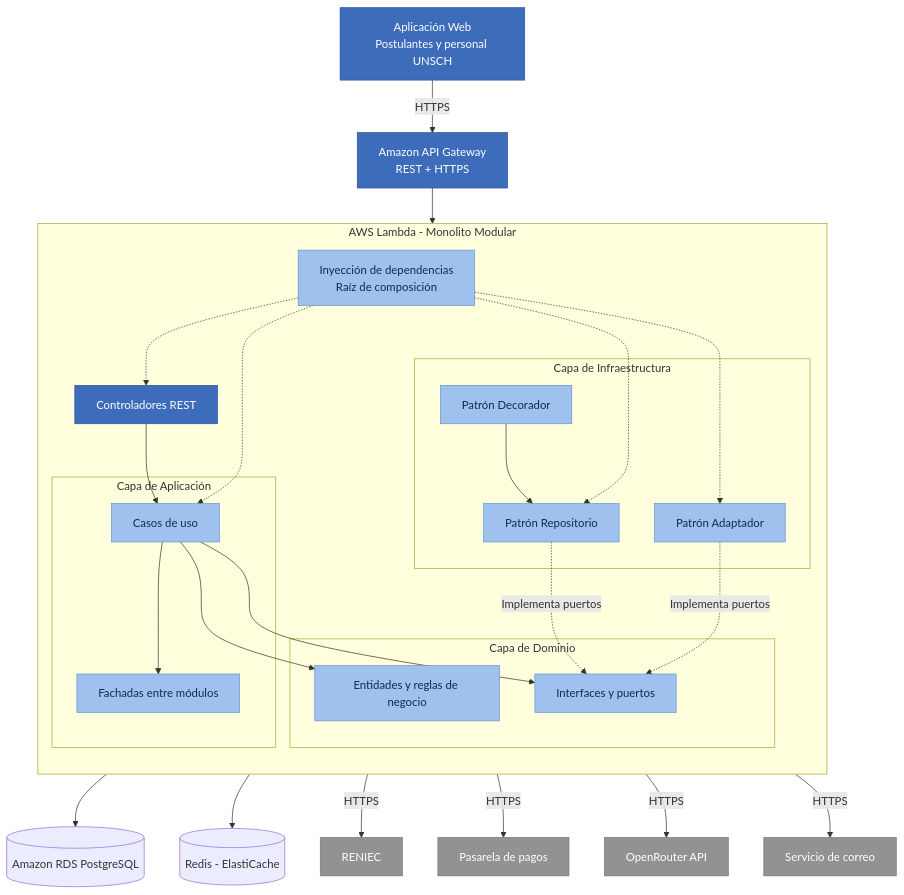
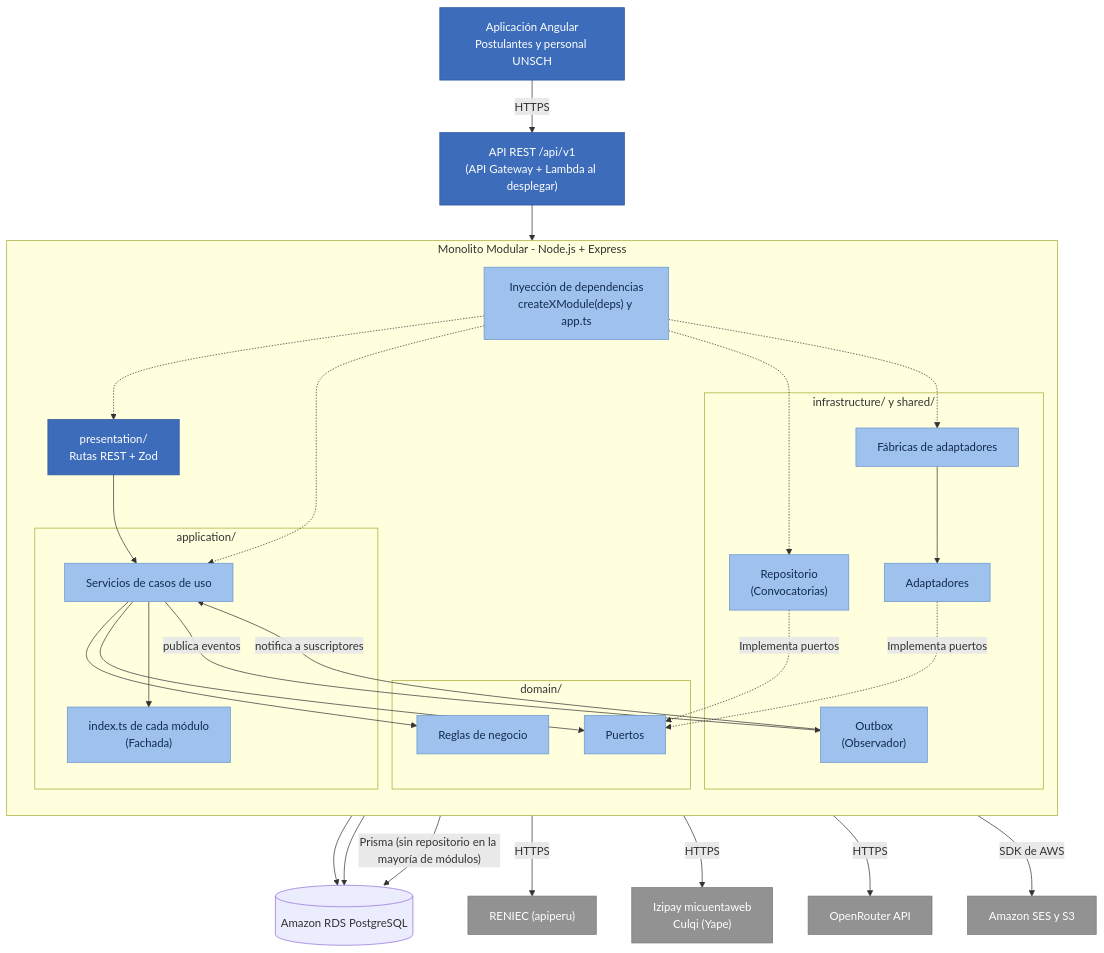
The diagram in docs/03-diseño-de-software/patrones-diseño.md (DiegoCoras06/sia-unsch-admision), drawn with Mermaid before and after one commit. The commit also changed other lines of this file and 15 other files, not shown here.

````diff
--- a/docs/03-diseño-de-software/patrones-diseño.md
+++ b/docs/03-diseño-de-software/patrones-diseño.md
@@ -50,69 +54,72 @@
 ```mermaid
 flowchart TB
-    WEB["Aplicación Web<br/>Postulantes y personal UNSCH"]
-    API["Amazon API Gateway<br/>REST + HTTPS"]
+    WEB["Aplicación Angular<br/>Postulantes y personal UNSCH"]
+    API["API REST /api/v1<br/>(API Gateway + Lambda al desplegar)"]
 
-    subgraph BACKEND["AWS Lambda - Monolito Modular"]
+    subgraph BACKEND["Monolito Modular - Node.js + Express"]
         direction TB
 
-        CTRL["Controladores REST"]
+        CTRL["presentation/<br/>Rutas REST + Zod"]
 
-        subgraph APP["Capa de Aplicación"]
-            UC["Casos de uso"]
-            FAC["Fachadas entre módulos"]
+        subgraph APP["application/"]
+            UC["Servicios de casos de uso"]
+            FAC["index.ts de cada módulo<br/>(Fachada)"]
         end
 
-        subgraph DOM["Capa de Dominio"]
-            PORT["Interfaces y puertos"]
-            ENT["Entidades y reglas de negocio"]
+        subgraph DOM["domain/"]
+            PORT["Puertos"]
+            ENT["Reglas de negocio"]
         end
 
-        subgraph INFRA["Capa de Infraestructura"]
-            REP["Patrón Repositorio"]
-            ADP["Patrón Adaptador"]
-            CACHE["Patrón Decorador"]
+        subgraph INFRA["infrastructure/ y shared/"]
+            REP["Repositorio<br/>(Convocatorias)"]
+            ADP["Adaptadores"]
+            FAB["Fábricas de adaptadores"]
+            OBS["Outbox<br/>(Observador)"]
         end
 
-        COMP["Inyección de dependencias<br/>Raíz de composición"]
+        COMP["Inyección de dependencias<br/>createXModule(deps) y app.ts"]
     end
 
     DB[("Amazon RDS PostgreSQL")]
-    REDIS[("Redis - ElastiCache")]
 
-    RENIEC["RENIEC"]
-    PAGOS["Pasarela de pagos"]
+    RENIEC["RENIEC (apiperu)"]
+    PAGOS["Izipay micuentaweb<br/>Culqi (Yape)"]
     IA["OpenRouter API"]
-    EMAIL["Servicio de correo"]
+    AWS["Amazon SES y S3"]
 
     WEB -->|"HTTPS"| API
     API --> CTRL
     CTRL --> UC
     UC --> ENT
     UC --> PORT
     UC --> FAC
+    UC -->|"publica eventos"| OBS
+    OBS -->|"notifica a suscriptores"| UC
 
     REP -.->|"Implementa puertos"| PORT
     ADP -.->|"Implementa puertos"| PORT
-    CACHE --> REP
+    FAB --> ADP
 
     REP --> DB
-    CACHE --> REDIS
+    OBS --> DB
+    UC -->|"Prisma (sin repositorio en la mayoría de módulos)"| DB
 
     ADP -->|"HTTPS"| RENIEC
     ADP -->|"HTTPS"| PAGOS
     ADP -->|"HTTPS"| IA
-    ADP -->|"HTTPS"| EMAIL
+    ADP -->|"SDK de AWS"| AWS
 
     COMP -.-> CTRL
     COMP -.-> UC
     COMP -.-> REP
-    COMP -.-> ADP
+    COMP -.-> FAB
 
     classDef principal fill:#3d6cba,color:#fff,stroke:#28539b
     classDef componente fill:#9fc1ed,color:#102b50,stroke:#6a95cc
     classDef externo fill:#929292,color:#fff,stroke:#777
 
     class WEB,API,CTRL principal
-    class UC,FAC,PORT,ENT,REP,ADP,CACHE,COMP componente
-    class RENIEC,PAGOS,IA,EMAIL externo
+    class UC,FAC,PORT,ENT,REP,ADP,FAB,OBS,COMP componente
+    class RENIEC,PAGOS,IA,AWS externo
 ```
````
